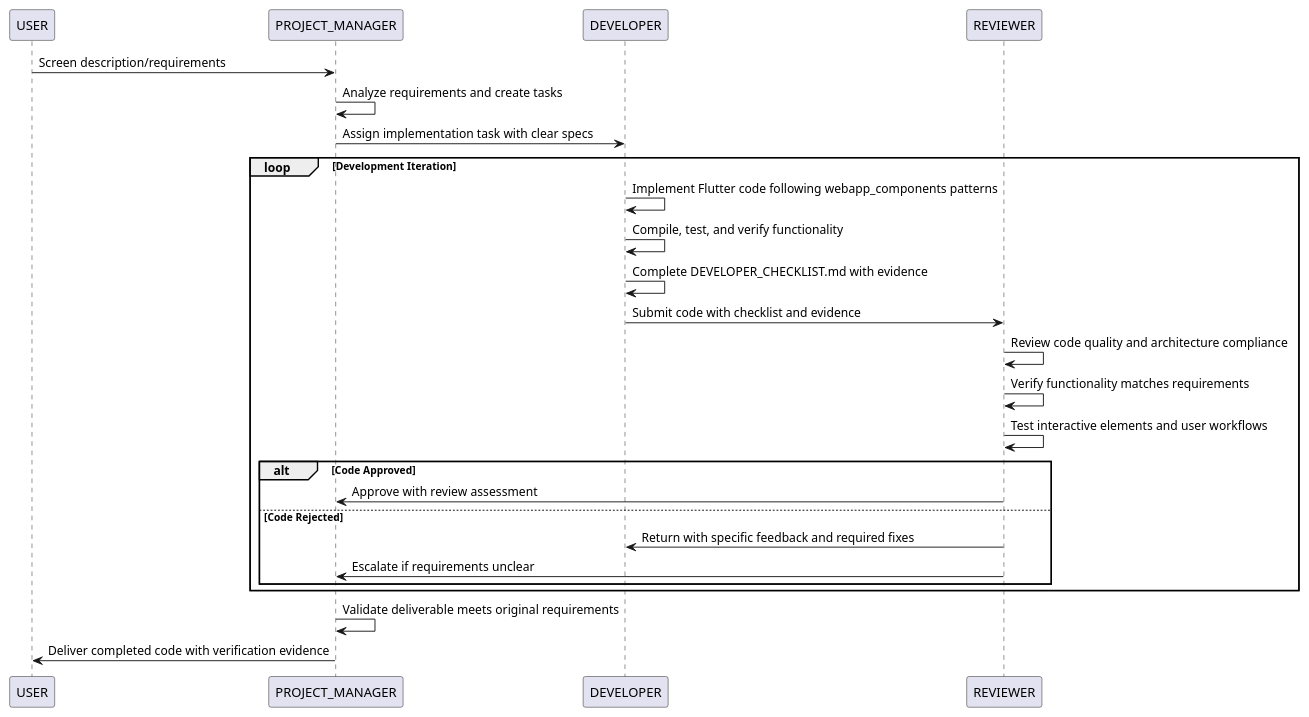
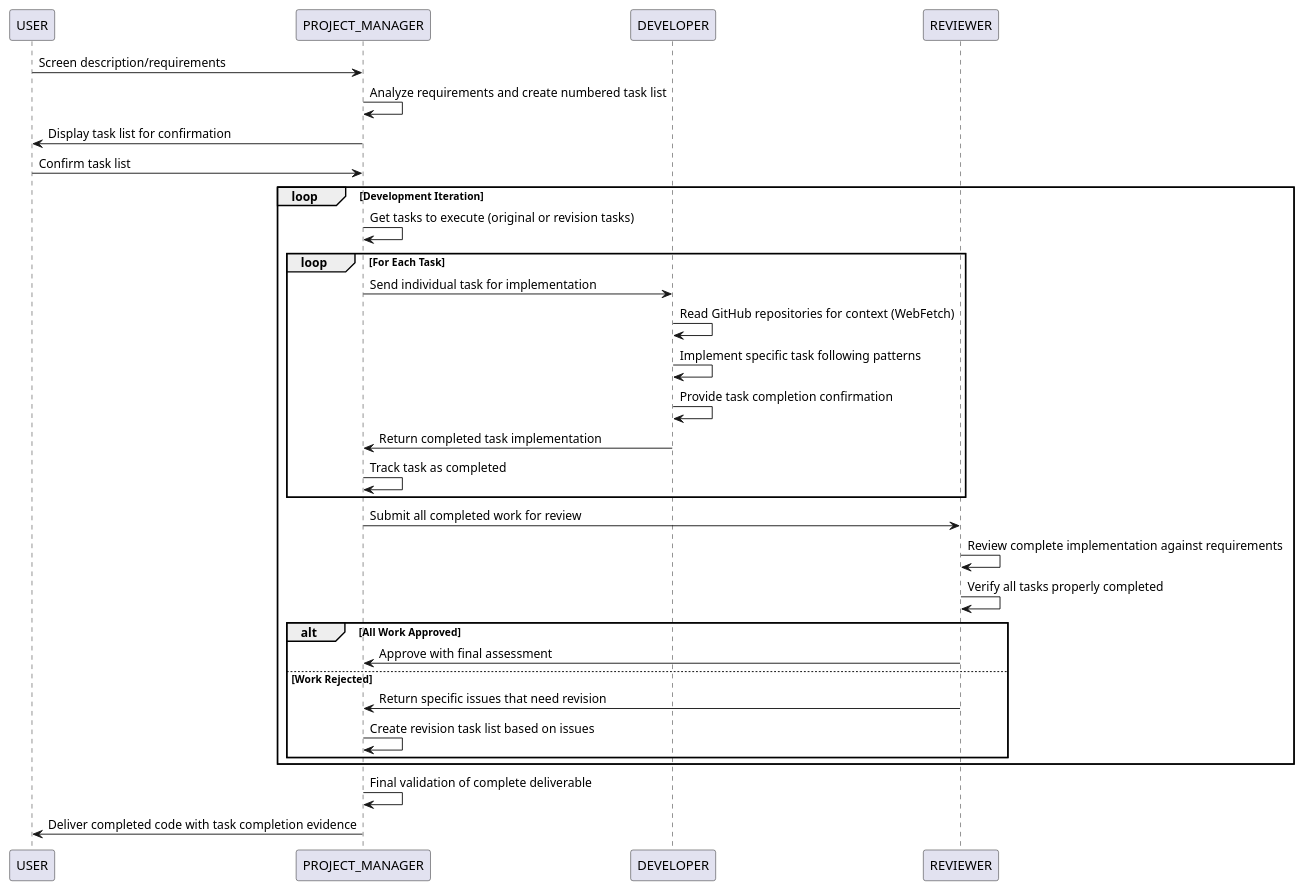
Before and after one commit to tercen/webapp_lib: the diagram in webapp_commons/context/webapp/development.puml, drawn with PlantUML. The commit also changed 3 other files, not shown here.

```diff
--- a/webapp_commons/context/webapp/development.puml
+++ b/webapp_commons/context/webapp/development.puml
@@ -1,31 +1,39 @@
-@startuml Simplified Development Process
+@startuml Task-Based Development Process
 participant USER
 participant PROJECT_MANAGER  
 participant DEVELOPER
 participant REVIEWER
 
 USER -> PROJECT_MANAGER: Screen description/requirements
-PROJECT_MANAGER -> PROJECT_MANAGER: Analyze requirements and create tasks
-PROJECT_MANAGER -> DEVELOPER: Assign implementation task with clear specs
+PROJECT_MANAGER -> PROJECT_MANAGER: Analyze requirements and create numbered task list
+PROJECT_MANAGER -> USER: Display task list for confirmation
+USER -> PROJECT_MANAGER: Confirm task list
 
 loop Development Iteration
-DEVELOPER -> DEVELOPER: Implement Flutter code following webapp_components patterns
-DEVELOPER -> DEVELOPER: Compile, test, and verify functionality
-DEVELOPER -> DEVELOPER: Complete DEVELOPER_CHECKLIST.md with evidence
-DEVELOPER -> REVIEWER: Submit code with checklist and evidence
-
-REVIEWER -> REVIEWER: Review code quality and architecture compliance
-REVIEWER -> REVIEWER: Verify functionality matches requirements  
-REVIEWER -> REVIEWER: Test interactive elements and user workflows
-alt Code Approved
-REVIEWER -> PROJECT_MANAGER: Approve with review assessment
-else Code Rejected
-REVIEWER -> DEVELOPER: Return with specific feedback and required fixes
-REVIEWER -> PROJECT_MANAGER: Escalate if requirements unclear
-end
+  PROJECT_MANAGER -> PROJECT_MANAGER: Get tasks to execute (original or revision tasks)
+  
+  loop For Each Task
+    PROJECT_MANAGER -> DEVELOPER: Send individual task for implementation
+    DEVELOPER -> DEVELOPER: Read GitHub repositories for context (WebFetch)
+    DEVELOPER -> DEVELOPER: Implement specific task following patterns
+    DEVELOPER -> DEVELOPER: Provide task completion confirmation
+    DEVELOPER -> PROJECT_MANAGER: Return completed task implementation
+    PROJECT_MANAGER -> PROJECT_MANAGER: Track task as completed
+  end
+  
+  PROJECT_MANAGER -> REVIEWER: Submit all completed work for review
+  REVIEWER -> REVIEWER: Review complete implementation against requirements
+  REVIEWER -> REVIEWER: Verify all tasks properly completed
+  
+  alt All Work Approved
+    REVIEWER -> PROJECT_MANAGER: Approve with final assessment
+  else Work Rejected
+    REVIEWER -> PROJECT_MANAGER: Return specific issues that need revision
+    PROJECT_MANAGER -> PROJECT_MANAGER: Create revision task list based on issues
+  end
 end
 
-PROJECT_MANAGER -> PROJECT_MANAGER: Validate deliverable meets original requirements
-PROJECT_MANAGER -> USER: Deliver completed code with verification evidence
+PROJECT_MANAGER -> PROJECT_MANAGER: Final validation of complete deliverable
+PROJECT_MANAGER -> USER: Deliver completed code with task completion evidence
 
 @enduml
```
